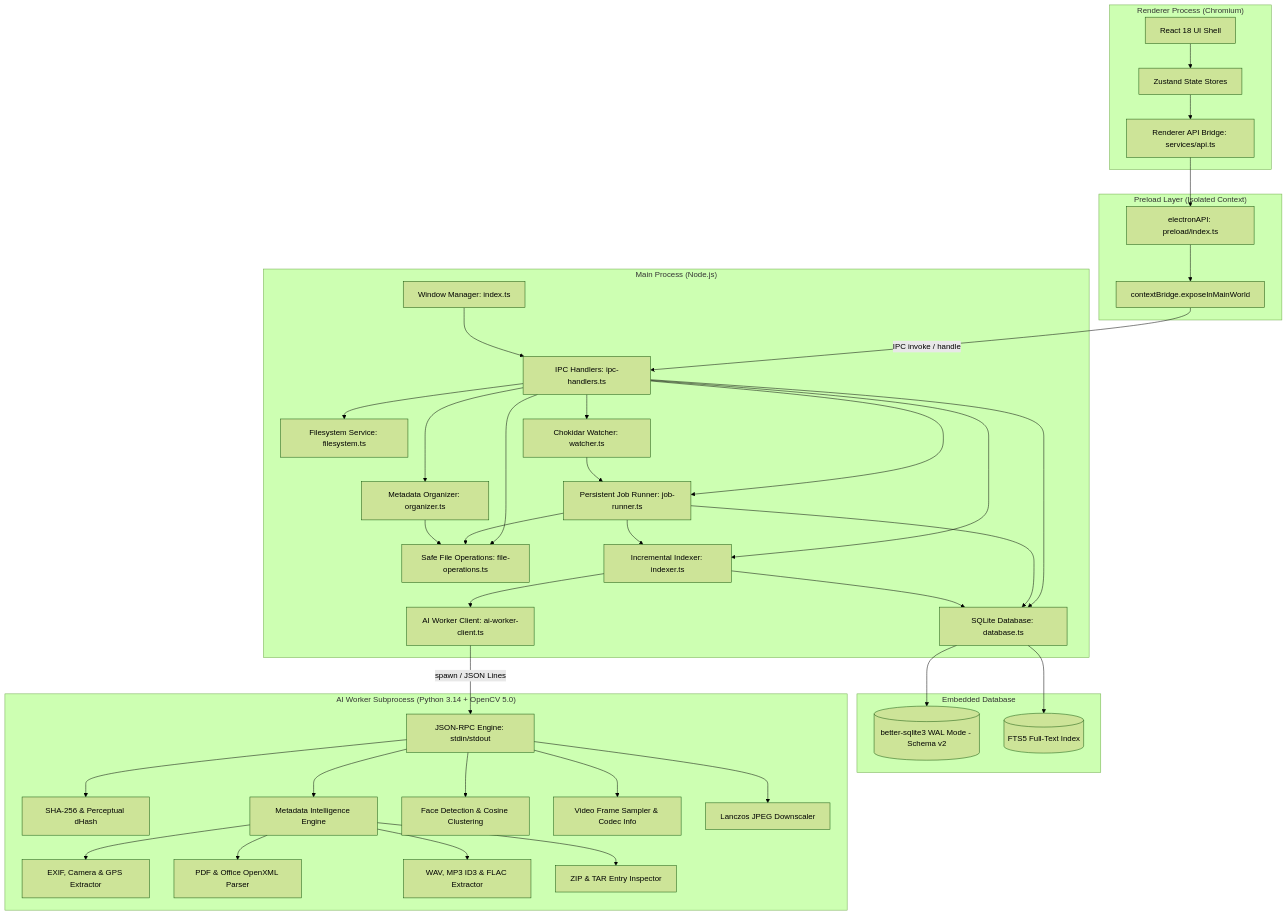
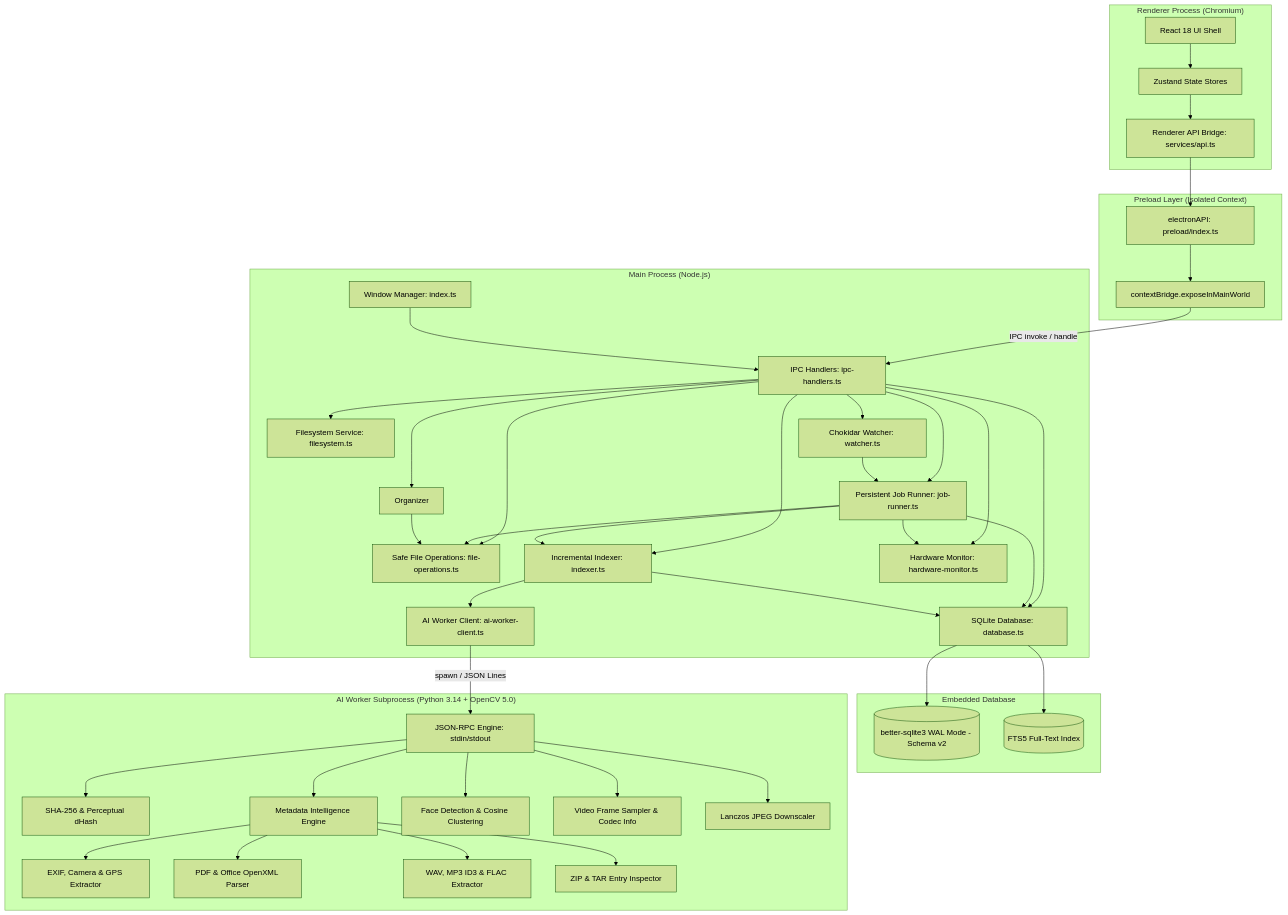
The first of 2 diagrams in docs/ARCHITECTURE.md (jayant-barle/Nexora), drawn with Mermaid (forest theme) before and after one commit. The commit also changed other lines of this file and 22 other files, not shown here.

````diff
--- a/docs/ARCHITECTURE.md
+++ b/docs/ARCHITECTURE.md
@@ -16,78 +16,80 @@
 ```mermaid
 graph TB
     subgraph "Renderer Process (Chromium)"
         UI[React 18 UI Shell]
         Stores[Zustand State Stores]
         APIBridge[Renderer API Bridge: services/api.ts]
         UI --> Stores
         Stores --> APIBridge
     end
 
     subgraph "Preload Layer (Isolated Context)"
         ContextBridge[contextBridge.exposeInMainWorld]
         PreloadAPI[electronAPI: preload/index.ts]
         APIBridge --> PreloadAPI
         PreloadAPI --> ContextBridge
     end
 
     subgraph "Main Process (Node.js)"
         IPC[IPC Handlers: ipc-handlers.ts]
         WinManager[Window Manager: index.ts]
         FSService[Filesystem Service: filesystem.ts]
         DBService[SQLite Database: database.ts]
         FileOps[Safe File Operations: file-operations.ts]
         Indexer[Incremental Indexer: indexer.ts]
-        Organizer[Metadata Organizer: organizer.ts]
         JobQueue[Persistent Job Runner: job-runner.ts]
+        HwMonitor[Hardware Monitor: hardware-monitor.ts]
         Watcher[Chokidar Watcher: watcher.ts]
         AIClient[AI Worker Client: ai-worker-client.ts]
         
         ContextBridge -->|IPC invoke / handle| IPC
         IPC --> FSService
         IPC --> DBService
         IPC --> FileOps
         IPC --> Indexer
         IPC --> Organizer
         IPC --> JobQueue
+        IPC --> HwMonitor
         IPC --> Watcher
         WinManager --> IPC
+        JobQueue --> HwMonitor
         JobQueue --> Indexer
         JobQueue --> FileOps
         JobQueue --> DBService
         Organizer --> FileOps
         Watcher --> JobQueue
         Indexer --> AIClient
         Indexer --> DBService
     end
 
     subgraph "Embedded Database"
         SQLite[(better-sqlite3 WAL Mode - Schema v2)]
         FTS5[(FTS5 Full-Text Index)]
         DBService --> SQLite
         DBService --> FTS5
     end
 
     subgraph "AI Worker Subprocess (Python 3.14 + OpenCV 5.0)"
         JSONRPC[JSON-RPC Engine: stdin/stdout]
         HashEngine[SHA-256 & Perceptual dHash]
         MetadataEngine[Metadata Intelligence Engine]
         EXIFParser[EXIF, Camera & GPS Extractor]
         DocParser[PDF & Office OpenXML Parser]
         AudioParser[WAV, MP3 ID3 & FLAC Extractor]
         ArchiveParser[ZIP & TAR Entry Inspector]
         FaceEngine[Face Detection & Cosine Clustering]
         VideoEngine[Video Frame Sampler & Codec Info]
         ThumbnailGen[Lanczos JPEG Downscaler]
         
         AIClient -->|spawn / JSON Lines| JSONRPC
         JSONRPC --> HashEngine
         JSONRPC --> MetadataEngine
         MetadataEngine --> EXIFParser
         MetadataEngine --> DocParser
         MetadataEngine --> AudioParser
         MetadataEngine --> ArchiveParser
         JSONRPC --> FaceEngine
         JSONRPC --> VideoEngine
         JSONRPC --> ThumbnailGen
     end
 ```
````
